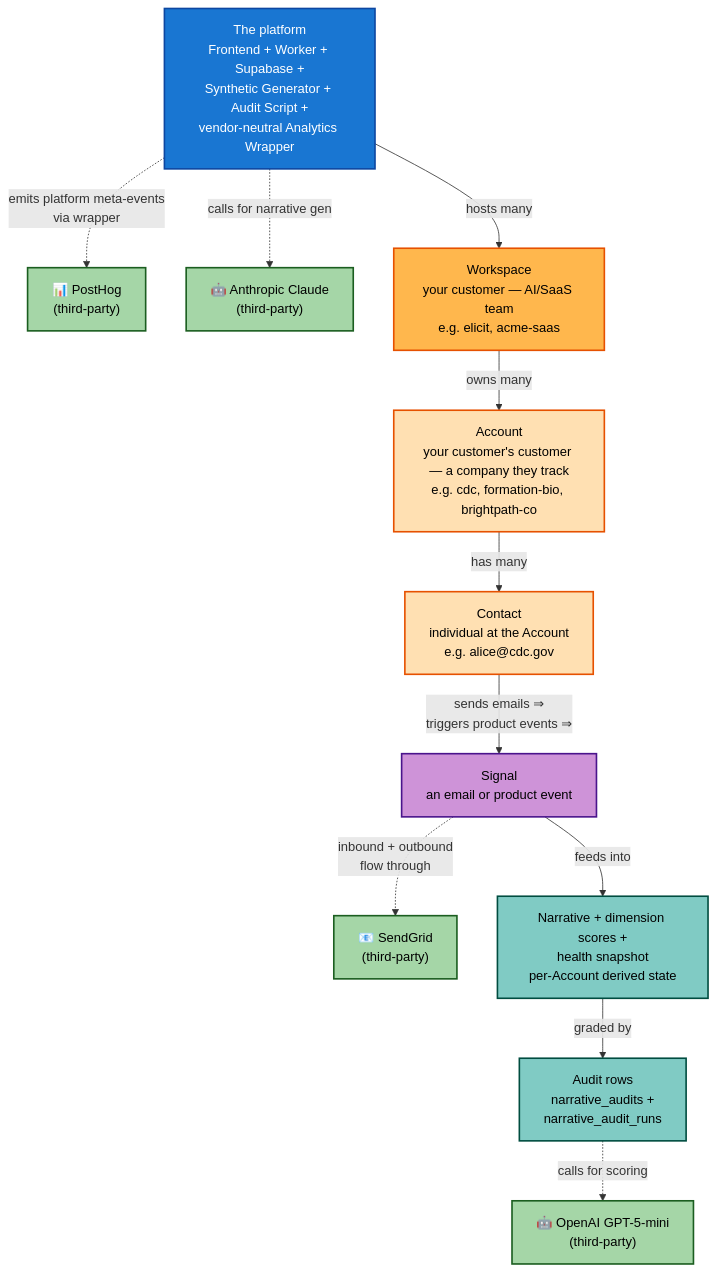
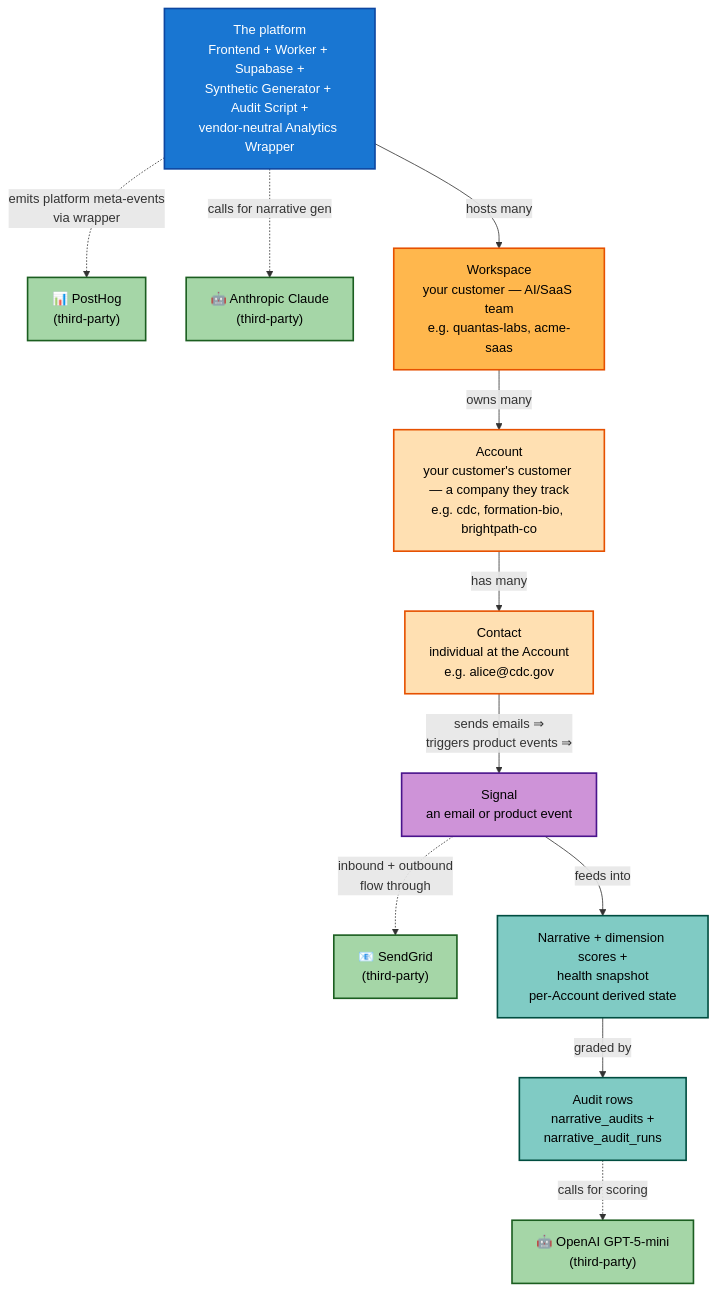
The second of 3 diagrams in docs/architecture.md (dlasley/account-intelligence), drawn with Mermaid before and after one commit. The commit also changed other lines of this file and 27 other files, not shown here.

First line of the commit message:
refactor: rename pilot company Elicit -> Quantas Labs across source

````diff
--- a/docs/architecture.md
+++ b/docs/architecture.md
@@ -654,42 +654,42 @@
 ```mermaid
 flowchart TB
     PH["📊 PostHog<br/>(third-party)"]
     ANT["🤖 Anthropic Claude<br/>(third-party)"]
     OAI["🤖 OpenAI GPT-5-mini<br/>(third-party)"]
     SG["📧 SendGrid<br/>(third-party)"]
 
     CSP["The platform<br/>Frontend + Worker + Supabase +<br/>Synthetic Generator + Audit Script +<br/>vendor-neutral Analytics Wrapper"]
 
-    WS["Workspace<br/>your customer — AI/SaaS team<br/>e.g. elicit, acme-saas"]
+    WS["Workspace<br/>your customer — AI/SaaS team<br/>e.g. quantas-labs, acme-saas"]
     ACC["Account<br/>your customer's customer — a company they track<br/>e.g. cdc, formation-bio, brightpath-co"]
     CON["Contact<br/>individual at the Account<br/>e.g. alice@cdc.gov"]
     SIG["Signal<br/>an email or product event"]
     NAR["Narrative + dimension scores +<br/>health snapshot<br/>per-Account derived state"]
     AUDR["Audit rows<br/>narrative_audits +<br/>narrative_audit_runs"]
 
     CSP -->|hosts many| WS
     WS -->|owns many| ACC
     ACC -->|has many| CON
     CON -->|"sends emails ⇒<br/>triggers product events ⇒"| SIG
     SIG -->|feeds into| NAR
     NAR -->|graded by| AUDR
 
     CSP -.->|"emits platform meta-events<br/>via wrapper"| PH
     CSP -.->|calls for narrative gen| ANT
     AUDR -.->|calls for scoring| OAI
     SIG -.->|"inbound + outbound<br/>flow through"| SG
 
     classDef platform fill:#1976D2,stroke:#0D47A1,stroke-width:2px,color:#fff
     classDef tenant fill:#FFB74D,stroke:#E65100,stroke-width:2px,color:#000
     classDef tenantChild fill:#FFE0B2,stroke:#E65100,stroke-width:2px,color:#000
     classDef event fill:#CE93D8,stroke:#4A148C,stroke-width:2px,color:#000
     classDef derived fill:#80CBC4,stroke:#004D40,stroke-width:2px,color:#000
     classDef external fill:#A5D6A7,stroke:#1B5E20,stroke-width:2px,color:#000
 
     class CSP platform
     class WS tenant
     class ACC,CON tenantChild
     class SIG event
     class NAR,AUDR derived
     class PH,ANT,OAI,SG external
 ```
````
